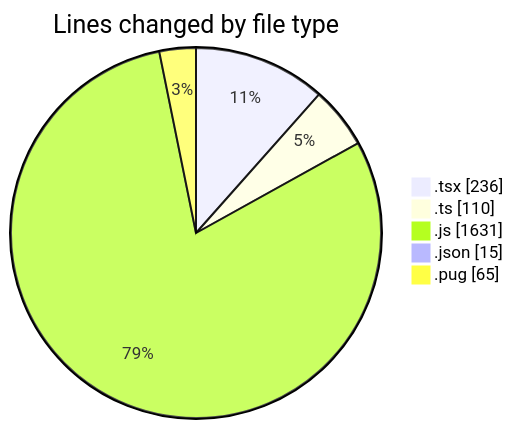
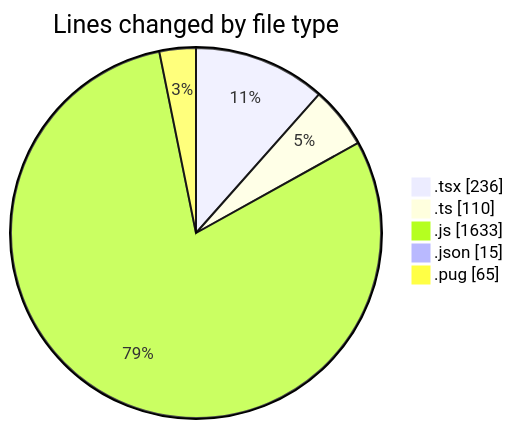
One commit to momahboobian/code-tracking changed the first of 2 diagrams in 2025-03-24/cda/README.md. Above: the diagram before and after it, drawn with Mermaid. The commit also changed other lines of this file and 1 other file, not shown here.

````diff
--- a/2025-03-24/cda/README.md
+++ b/2025-03-24/cda/README.md
@@ -30,9 +30,9 @@
 ```mermaid
 pie showData
 title Lines changed by file type
 ".tsx" : 236
 ".ts" : 110
-".js" : 1631
+".js" : 1633
 ".json" : 15
 ".pug" : 65
 ```
````
